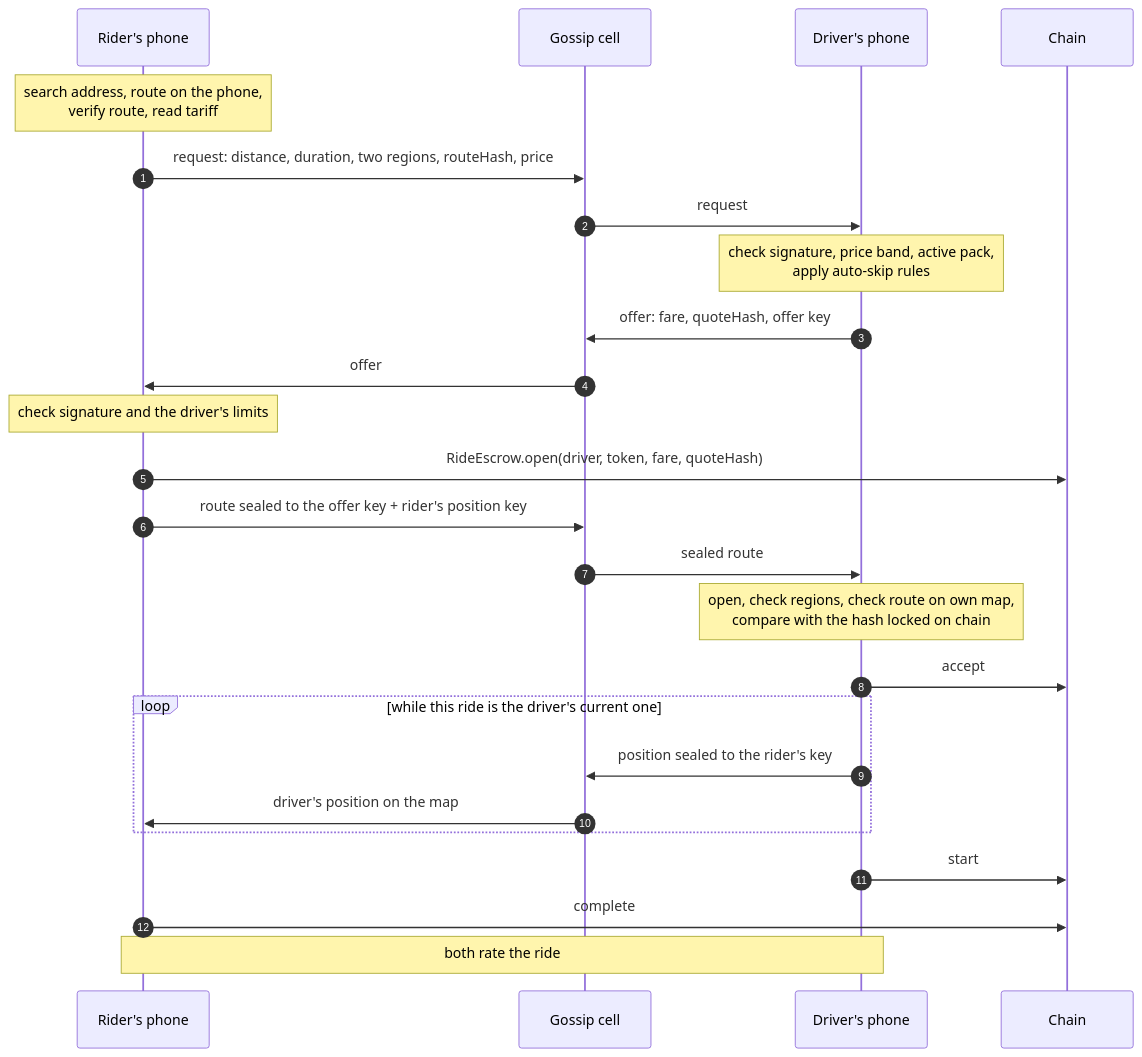
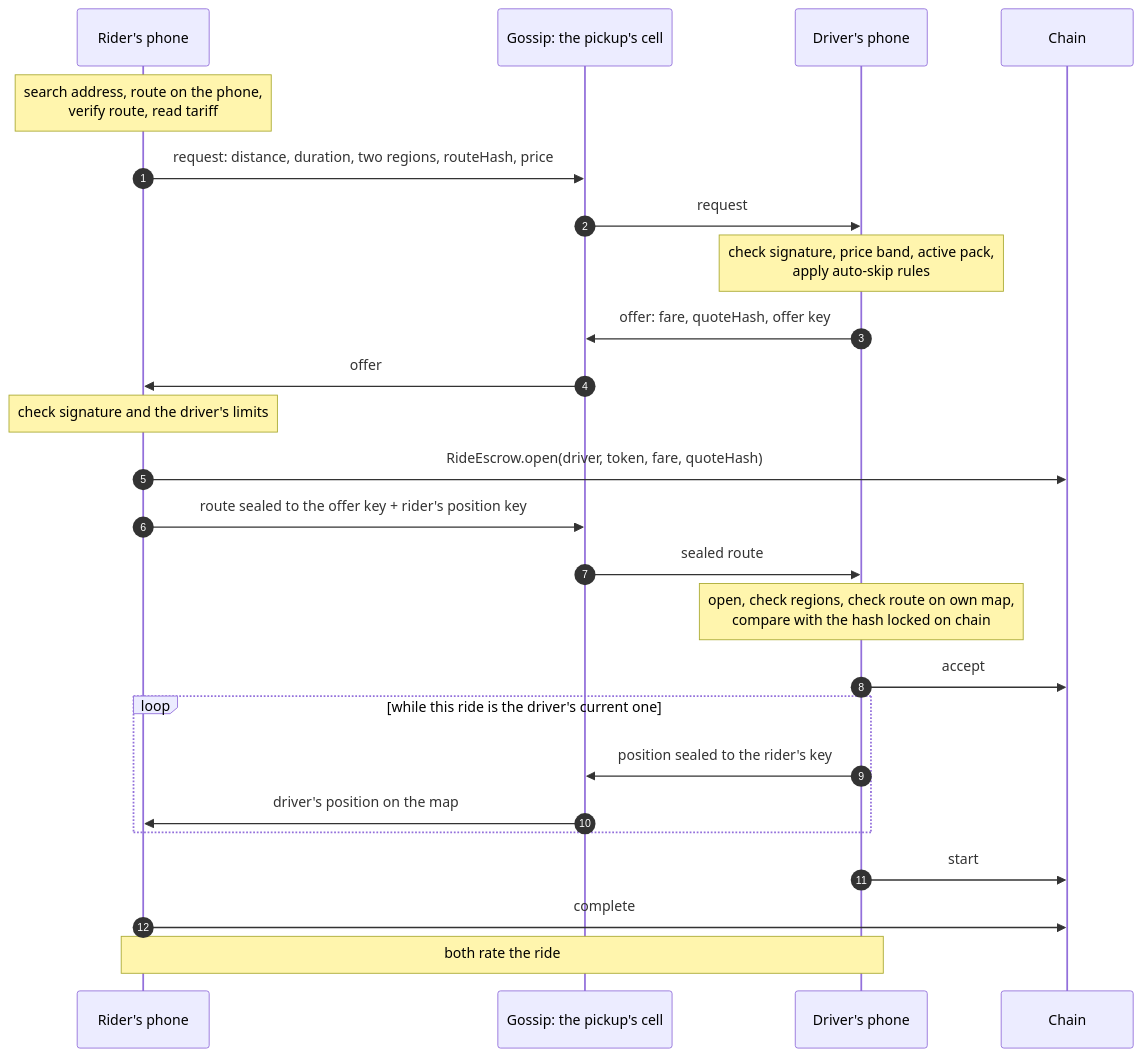
One commit to MuriloSchaefer/klippelgo changed the third of 3 diagrams in apps/docs/overview.md. Above: the diagram before and after it, drawn with Mermaid. The commit also changed other lines of this file and 83 other files, not shown here.

````diff
--- a/apps/docs/overview.md
+++ b/apps/docs/overview.md
@@ -87,28 +99,28 @@
 ```mermaid
 sequenceDiagram
     autonumber
     participant R as Rider's phone
-    participant G as Gossip cell
+    participant G as Gossip: the pickup's cell
     participant D as Driver's phone
     participant C as Chain
 
     Note over R: search address, route on the phone,<br/>verify route, read tariff
     R->>G: request: distance, duration, two regions, routeHash, price
     G->>D: request
     Note over D: check signature, price band, active pack,<br/>apply auto-skip rules
     D->>G: offer: fare, quoteHash, offer key
     G->>R: offer
     Note over R: check signature and the driver's limits
     R->>C: RideEscrow.open(driver, token, fare, quoteHash)
     R->>G: route sealed to the offer key + rider's position key
     G->>D: sealed route
     Note over D: open, check regions, check route on own map,<br/>compare with the hash locked on chain
     D->>C: accept
     loop while this ride is the driver's current one
         D->>G: position sealed to the rider's key
         G->>R: driver's position on the map
     end
     D->>C: start
     R->>C: complete
     Note over R,D: both rate the ride
 ```
````
